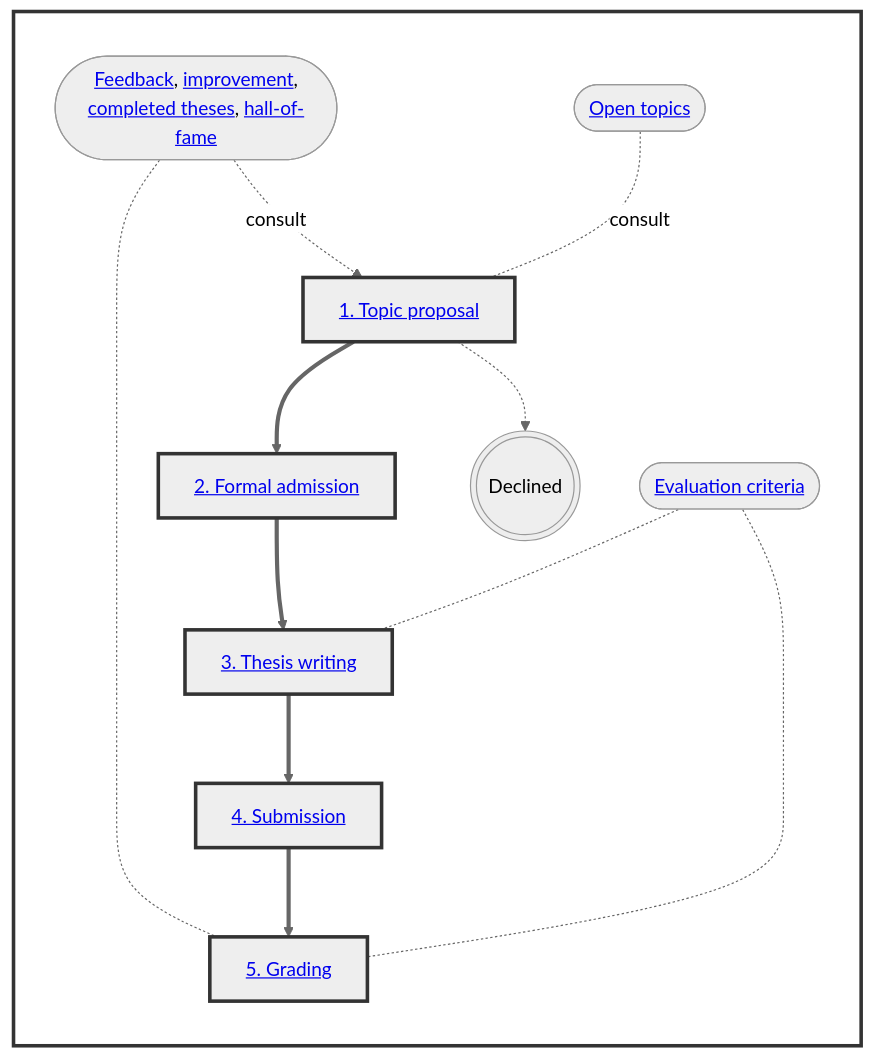
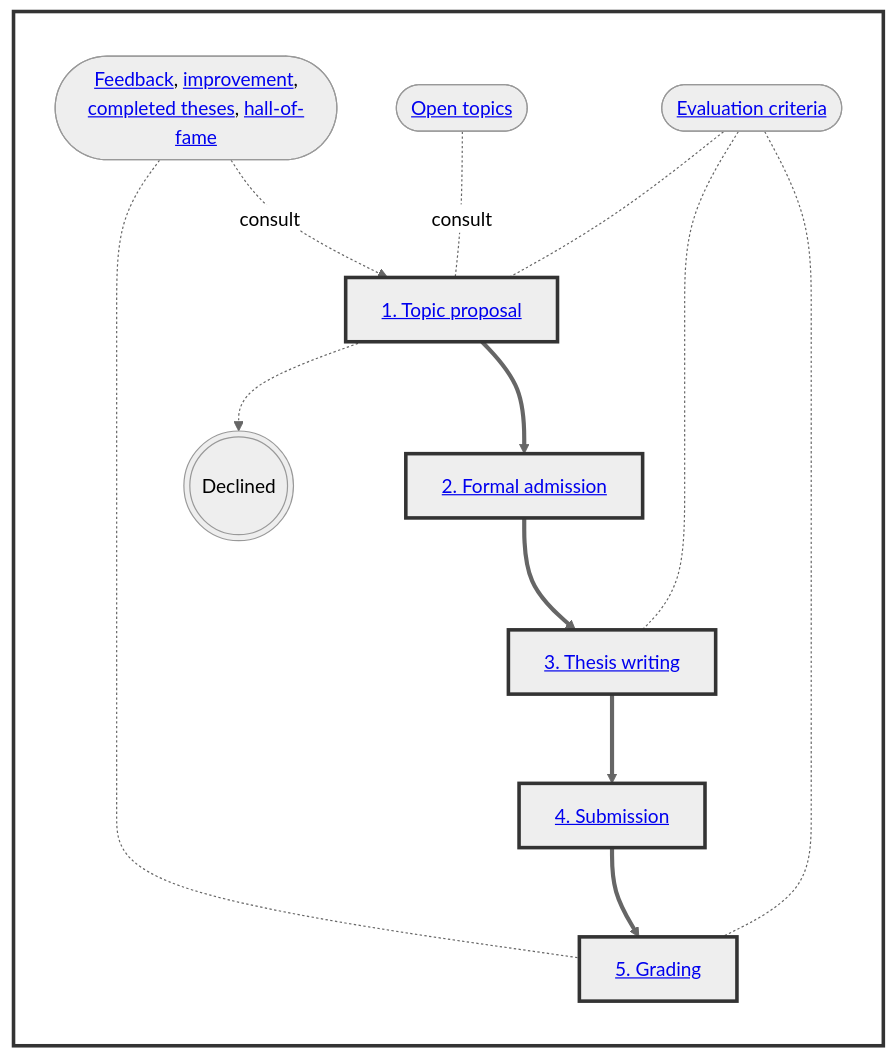
One commit to fs-ise/theses changed the first of 2 diagrams in index.qmd. Above: the diagram before and after it, drawn with Mermaid (neutral theme). The commit also changed 2 other files, not shown here.

Commit message:
move criteria to first section

````diff
--- a/index.qmd
+++ b/index.qmd
@@ -54,22 +54,23 @@
 ```{mermaid}
 flowchart LR
 
     subgraph Process[" "]
         Feedback -. consult .-> Init
         Feedback(["<a href='docs/feedback.html'>Feedback</a>, <a href='https://github.com/fs-ise/theses/commits/main/'>improvement</a>,<br><a href='docs/completed.html'>completed theses</a>, <a href='docs/hall_of_fame.html'>hall-of-fame</a>"]) -.- Grading
         OpenTopics(["<a href='docs/topics.html'>Open topics</a>"]) -.- |consult| Init
         Init["<a href='#topic-proposal'>1. Topic proposal</a>"] ==> Admission["<a href='#formal-admission'>2. Formal admission</a>"]
         Admission ==> Writing["<a href='#thesis-writing-and-feedback-sessions'>3. Thesis writing</a>"]
         Writing ==> Submission["<a href='#submission-of-the-thesis'>4. Submission</a>"]
         Submission ==> Grading["<a href='#grading-and-feedback-session'>5. Grading</a>"]
         Criteria(["<a href='docs/criteria.html'>Evaluation criteria</a>"]) -.- Writing
         Criteria -.- Grading
         Init .-> Decline@{ shape: dbl-circ, label: "Declined" }
+        Criteria(["<a href='docs/criteria.html'>Evaluation criteria</a>"]) -.- Init
     end
     style Init stroke:#333,stroke-width:3px
     style Admission stroke:#333,stroke-width:3px
     style Writing stroke:#333,stroke-width:3px
     style Submission stroke:#333,stroke-width:3px
     style Grading stroke:#333,stroke-width:3px
     style Process fill:white,stroke:#333,stroke-width:3px
 ```
````
